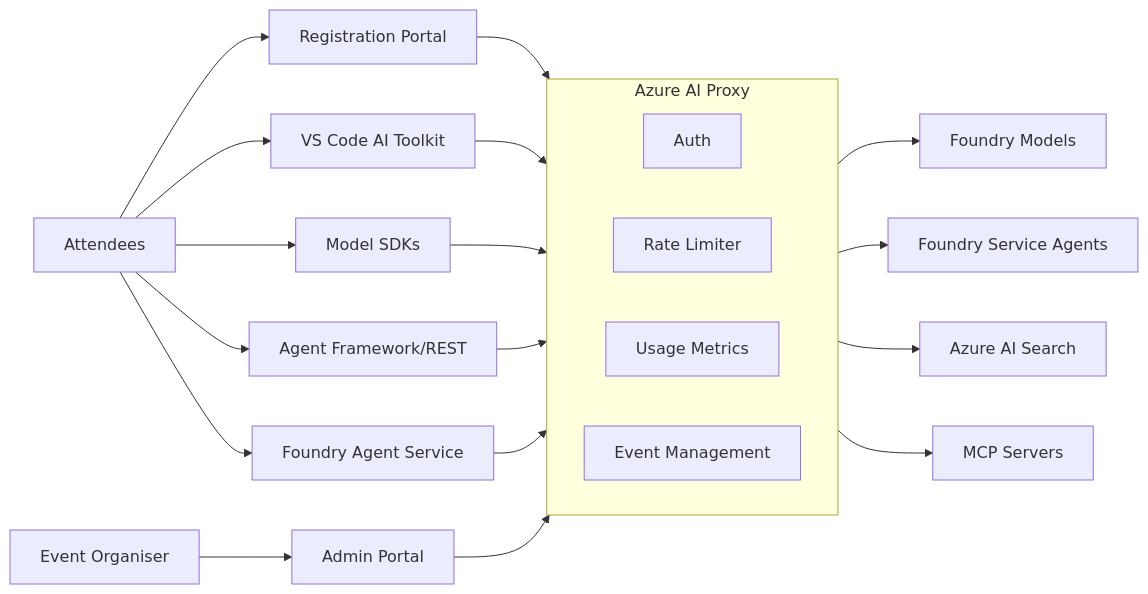
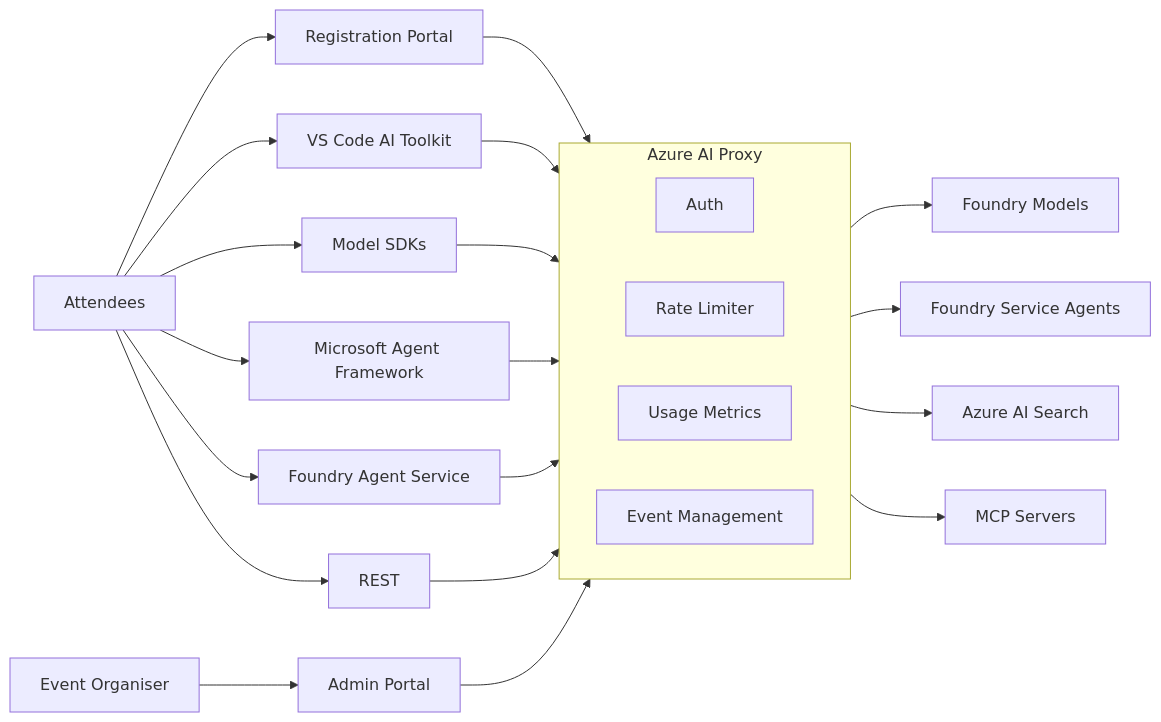
One commit to gloveboxes/azure-ai-proxy-lite changed the diagram in docs/docs/index.md. Above: the diagram before and after it, drawn with Mermaid.

````diff
--- a/docs/docs/index.md
+++ b/docs/docs/index.md
@@ -11,30 +11,32 @@
 ```mermaid
 graph LR
     Attendees --> Reg[Registration Portal]
     Attendees --> T1[VS Code AI Toolkit]
     Attendees --> T2[Model SDKs]
-    Attendees --> T3[Agent Framework/REST]
+    Attendees --> T3[Microsoft Agent Framework]
     Attendees --> T4[Foundry Agent Service]
+    Attendees --> T5[REST]
 
     Organiser[Event Organiser] --> Admin[Admin Portal]
 
     Reg --> Azure_AI_Proxy
     T1 --> Azure_AI_Proxy
     T2 --> Azure_AI_Proxy
     T3 --> Azure_AI_Proxy
     T4 --> Azure_AI_Proxy
+    T5 --> Azure_AI_Proxy
     Admin --> Azure_AI_Proxy
 
     subgraph Azure_AI_Proxy[Azure AI Proxy]
         direction LR
         P1[Auth]
         P2[Rate Limiter]
         P3[Usage Metrics]
         P4[Event Management]
     end
 
     Azure_AI_Proxy --> A1[Foundry Models]
     Azure_AI_Proxy --> A2[Foundry Service Agents]
     Azure_AI_Proxy --> A3[Azure AI Search]
     Azure_AI_Proxy --> A4[MCP Servers]
 ```
````
